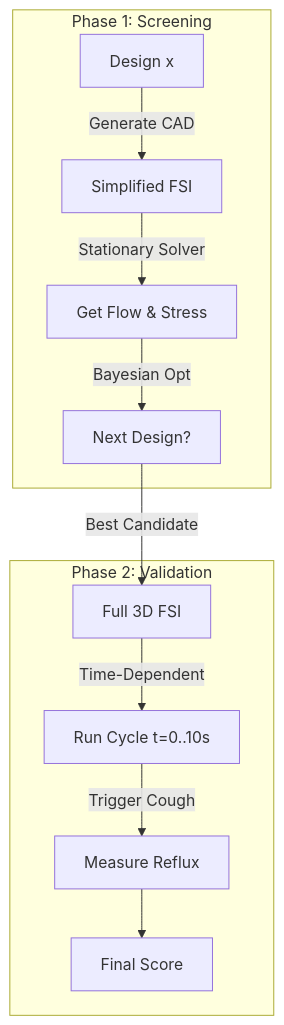
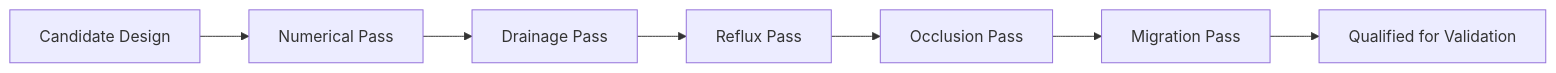
One commit to akashc2172/you-pee-free changed the fourth of 4 diagrams in docs/peristalsis_simulation_analysis.md. Above: the diagram before and after it, drawn with Mermaid. The commit also changed other lines of this file and 35 other files, not shown here.

````diff
--- a/docs/peristalsis_simulation_analysis.md
+++ b/docs/peristalsis_simulation_analysis.md
@@ -140,15 +201,9 @@
 ```mermaid
-graph TD
-    subgraph Phase 1: Screening
-        A[Design x] -->|Generate CAD| B[Simplified FSI]
-        B -->|Stationary Solver| C[Get Flow & Stress]
-        C -->|Bayesian Opt| D[Next Design?]
-    end
-    
-    subgraph Phase 2: Validation
-        D -->|Best Candidate| E[Full 3D FSI]
-        E -->|Time-Dependent| F[Run Cycle t=0..10s]
-        F -->|Trigger Cough| G[Measure Reflux]
-        G --> H[Final Score]
-    end
+flowchart LR
+    A[Candidate Design] --> B[Numerical Pass]
+    B --> C[Drainage Pass]
+    C --> D[Reflux Pass]
+    D --> E[Occlusion Pass]
+    E --> F[Migration Pass]
+    F --> G[Qualified for Validation]
 ```
````
